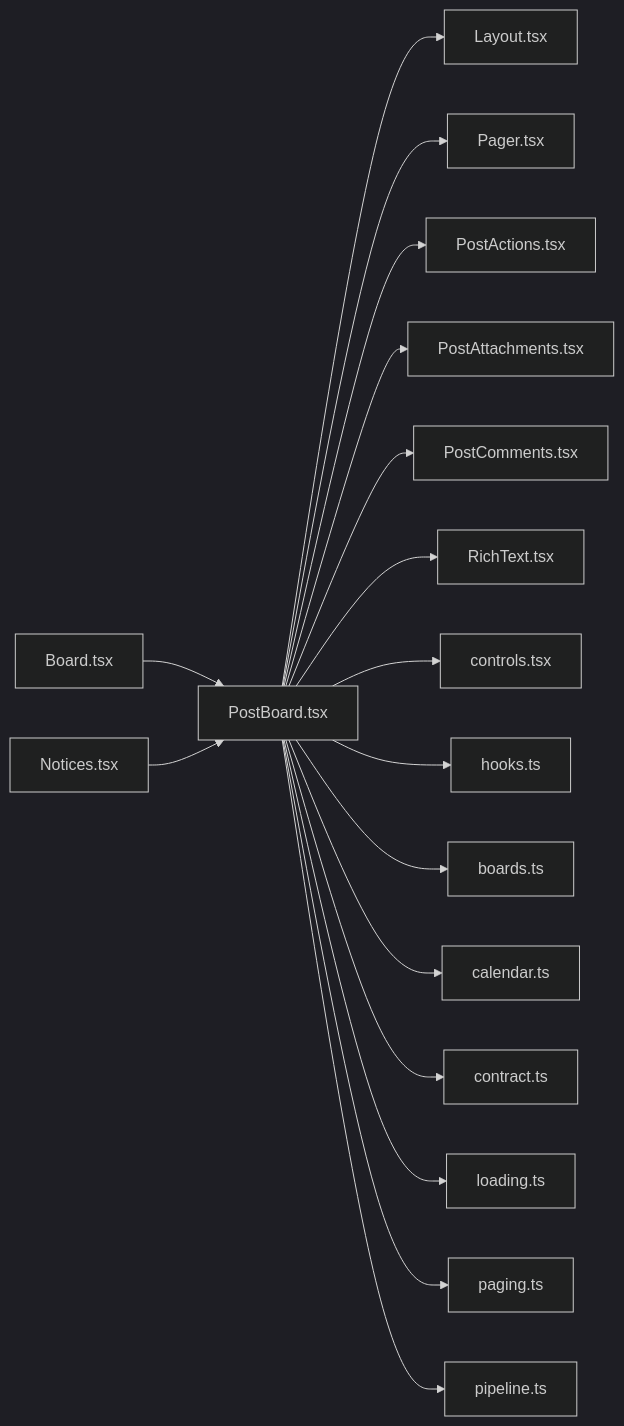
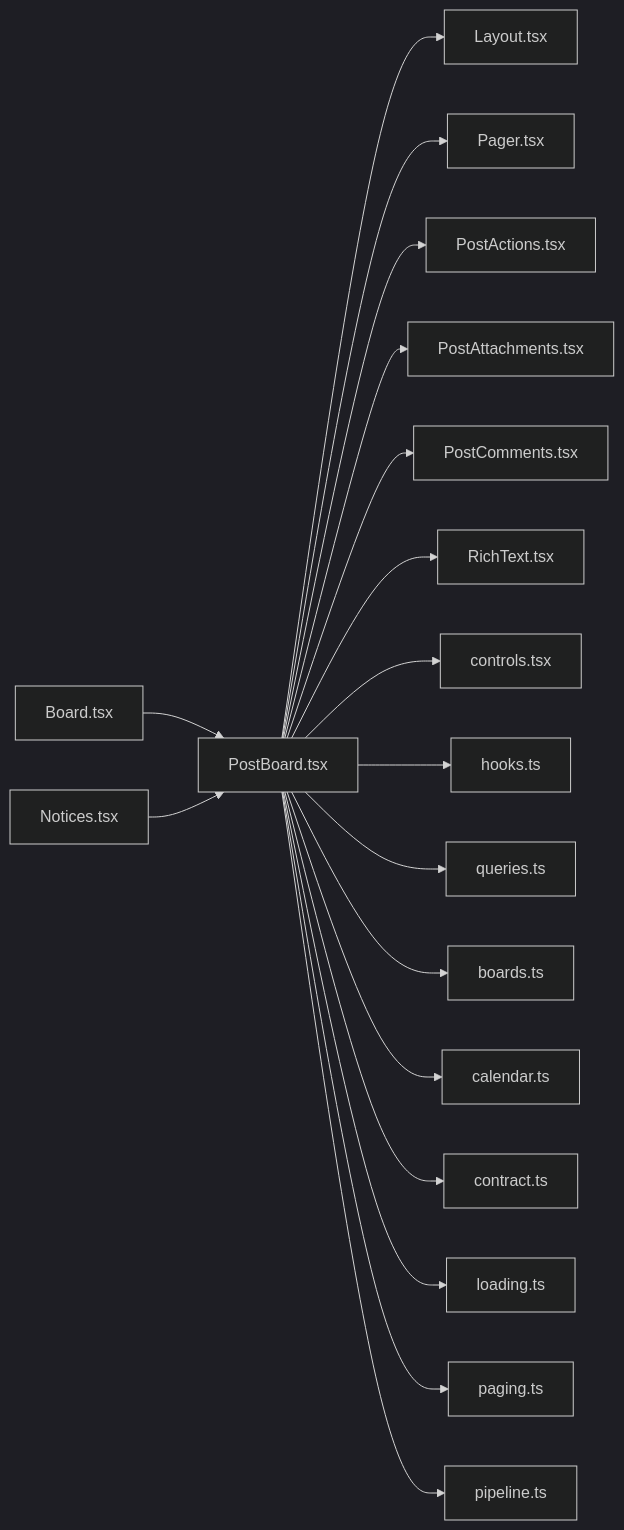
One commit to minkong-dev/Banblit changed the diagram in .cluedoc/graph/frontend/src/components/PostBoard.md. Above: the diagram before and after it, drawn with Mermaid (dark theme). The commit also changed other lines of this file and 41 other files, not shown here.

First line of the commit message:
frontend: keep shared query keys and the team roster query in queries.ts

````diff
--- a/.cluedoc/graph/frontend/src/components/PostBoard.md
+++ b/.cluedoc/graph/frontend/src/components/PostBoard.md
@@ -10,20 +10,21 @@
 ```mermaid
 flowchart LR
   frontend_src_components_PostBoard["PostBoard.tsx"]
   frontend_src_components_PostBoard --> frontend_src_components_Layout["Layout.tsx"]
   frontend_src_components_PostBoard --> frontend_src_components_Pager["Pager.tsx"]
   frontend_src_components_PostBoard --> frontend_src_components_PostActions["PostActions.tsx"]
   frontend_src_components_PostBoard --> frontend_src_components_PostAttachments["PostAttachments.tsx"]
   frontend_src_components_PostBoard --> frontend_src_components_PostComments["PostComments.tsx"]
   frontend_src_components_PostBoard --> frontend_src_components_RichText["RichText.tsx"]
   frontend_src_components_PostBoard --> frontend_src_components_controls["controls.tsx"]
   frontend_src_components_PostBoard --> frontend_src_components_hooks["hooks.ts"]
+  frontend_src_components_PostBoard --> frontend_src_components_queries["queries.ts"]
   frontend_src_components_PostBoard --> frontend_src_lib_boards["boards.ts"]
   frontend_src_components_PostBoard --> frontend_src_lib_calendar["calendar.ts"]
   frontend_src_components_PostBoard --> frontend_src_lib_contract["contract.ts"]
   frontend_src_components_PostBoard --> frontend_src_lib_loading["loading.ts"]
   frontend_src_components_PostBoard --> frontend_src_lib_paging["paging.ts"]
   frontend_src_components_PostBoard --> frontend_src_lib_pipeline["pipeline.ts"]
   frontend_src_routes_Board["Board.tsx"] --> frontend_src_components_PostBoard
   frontend_src_routes_Notices["Notices.tsx"] --> frontend_src_components_PostBoard
 ```
````
